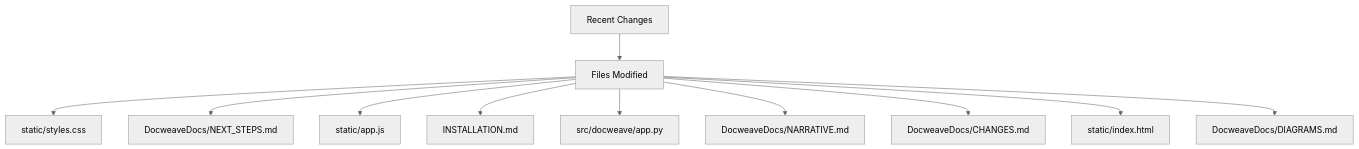
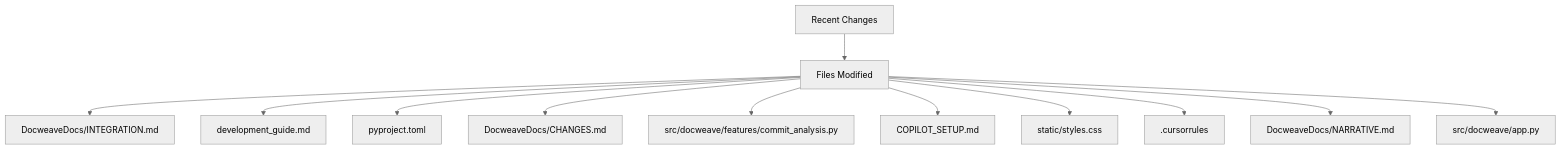
Before and after one commit to Juls95/DocWeave: the sixth of 7 diagrams in DocweaveDocs/DIAGRAMS.md, drawn with Mermaid (neutral theme). The commit also changed other lines of this file and 4 other files, not shown here.

````diff
--- a/DocweaveDocs/DIAGRAMS.md
+++ b/DocweaveDocs/DIAGRAMS.md
@@ -139,13 +137,14 @@
 ```mermaid
 graph TD
     A[Recent Changes] --> B[Files Modified]
-    B --> F1["static/styles.css"]
-    B --> F2["DocweaveDocs/NEXT_STEPS.md"]
-    B --> F3["static/app.js"]
-    B --> F4["INSTALLATION.md"]
-    B --> F5["src/docweave/app.py"]
-    B --> F6["DocweaveDocs/NARRATIVE.md"]
-    B --> F7["DocweaveDocs/CHANGES.md"]
-    B --> F8["static/index.html"]
-    B --> F9["DocweaveDocs/DIAGRAMS.md"]
+    B --> F1["DocweaveDocs/INTEGRATION.md"]
+    B --> F2["development_guide.md"]
+    B --> F3["pyproject.toml"]
+    B --> F4["DocweaveDocs/CHANGES.md"]
+    B --> F5["src/docweave/features/commit_analysis.py"]
+    B --> F6["COPILOT_SETUP.md"]
+    B --> F7["static/styles.css"]
+    B --> F8[".cursorrules"]
+    B --> F9["DocweaveDocs/NARRATIVE.md"]
+    B --> F10["src/docweave/app.py"]
 ```
````
